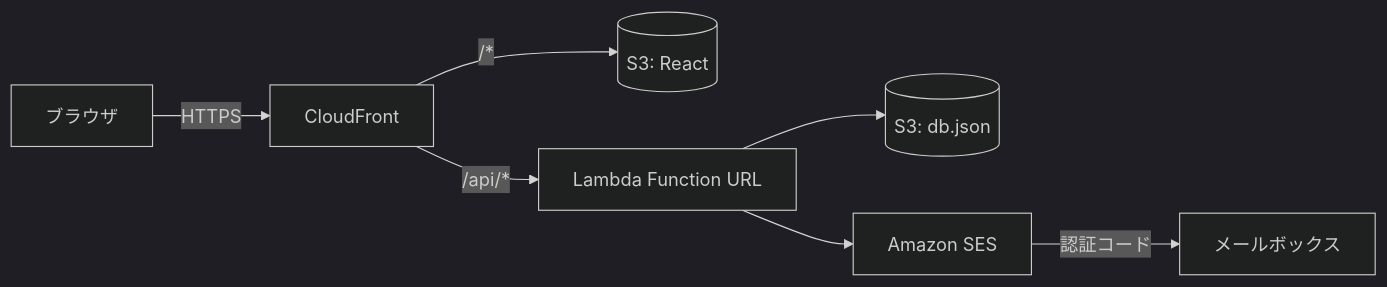
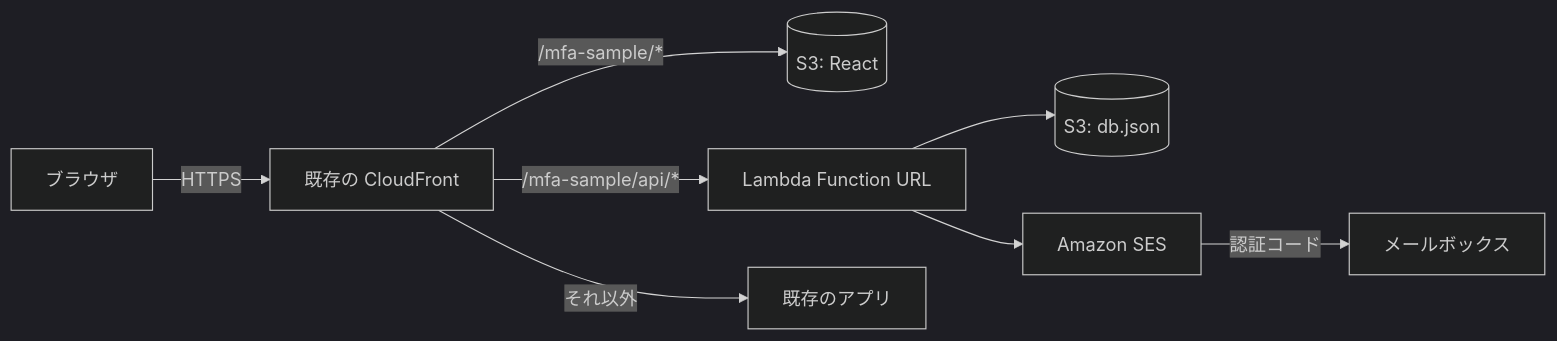
The diagram in README.md (Tom-Panasonic/simple-mfa-sample), drawn with Mermaid (dark theme) before and after one commit. The commit also changed other lines of this file and 13 other files, not shown here.

Commit message:
Reuse an existing CloudFront distribution under a base path and add the Qiita article draft

````diff
--- a/README.md
+++ b/README.md
@@ -25,9 +25,10 @@
 ```mermaid
 flowchart LR
-  Browser[ブラウザ] -->|HTTPS| CF[CloudFront]
-  CF -->|"/*"| S3Site[(S3: React)]
-  CF -->|"/api/*"| Lambda[Lambda Function URL]
+  Browser[ブラウザ] -->|HTTPS| CF[既存の CloudFront]
+  CF -->|"/mfa-sample/*"| S3Site[(S3: React)]
+  CF -->|"/mfa-sample/api/*"| Lambda[Lambda Function URL]
+  CF -->|それ以外| Other[既存のアプリ]
   Lambda --> S3Data[(S3: db.json)]
   Lambda --> SES[Amazon SES]
   SES -->|認証コード| Mail[メールボックス]
 ```
````
